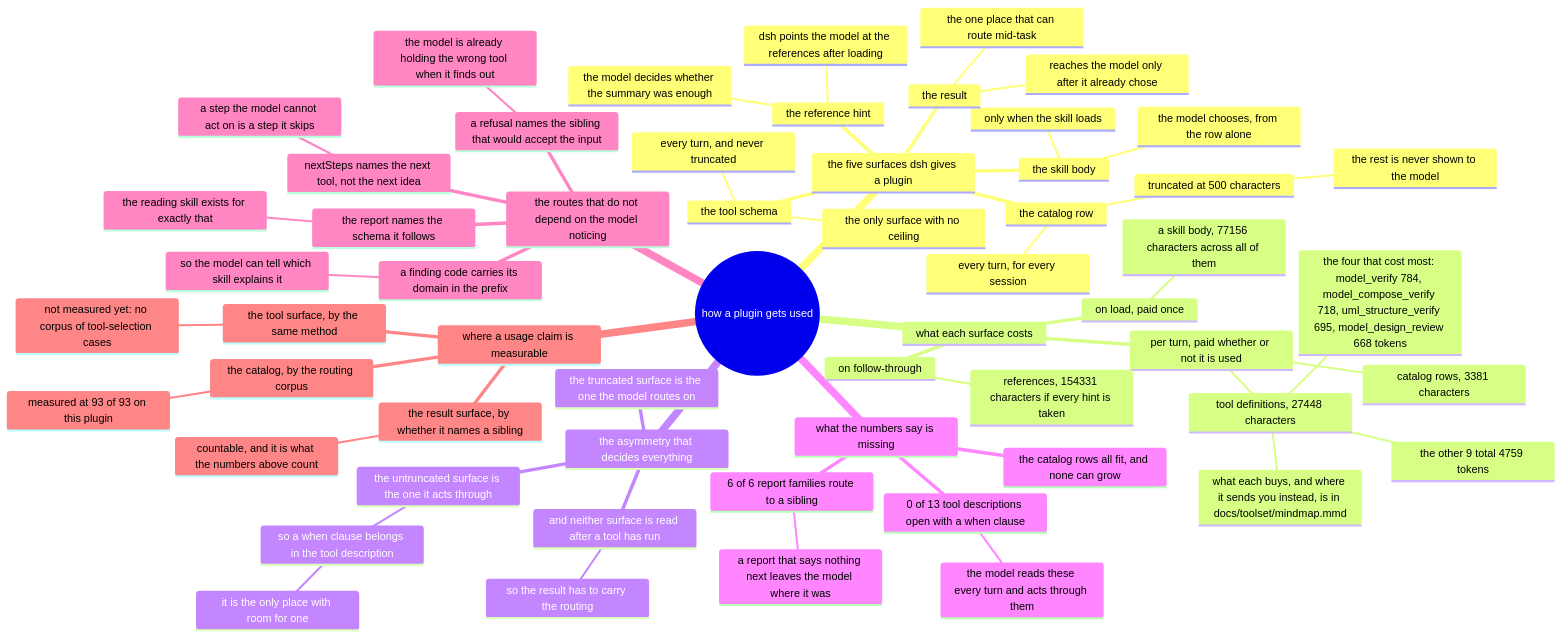
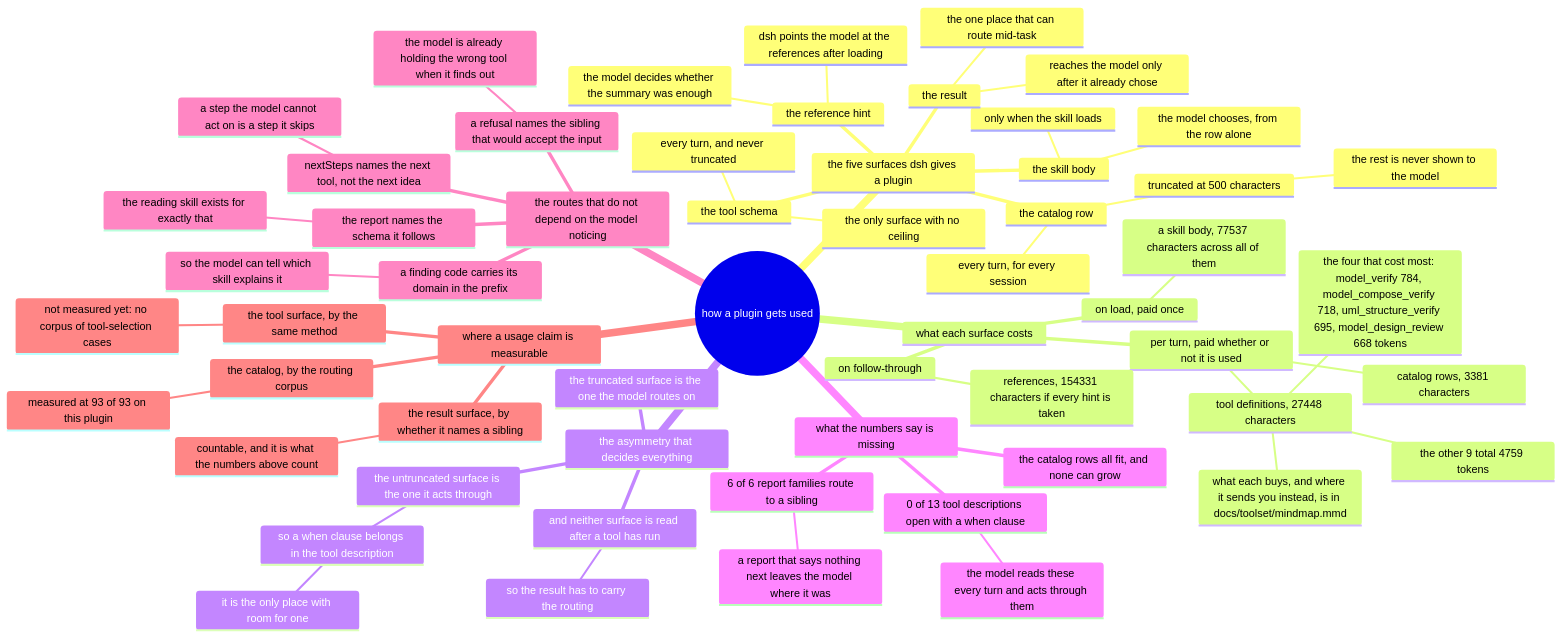
One commit to AmethystLuna/dsh-model-everything changed the diagram in docs/usage/mindmap.mmd. Above: the diagram before and after it, drawn with Mermaid. The commit also changed 6 other files, not shown here.

```diff
--- a/docs/usage/mindmap.mmd
+++ b/docs/usage/mindmap.mmd
@@ -1,59 +1,59 @@
 mindmap
 root((how a plugin gets used))
   the five surfaces dsh gives a plugin
     the catalog row
       every turn, for every session
       truncated at 500 characters
         the rest is never shown to the model
     the skill body
       only when the skill loads
       the model chooses, from the row alone
     the reference hint
       dsh points the model at the references after loading
       the model decides whether the summary was enough
     the tool schema
       every turn, and never truncated
       the only surface with no ceiling
     the result
       reaches the model only after it already chose
       the one place that can route mid-task
   what each surface costs
     per turn, paid whether or not it is used
       catalog rows, 3381 characters
       tool definitions, 27448 characters
         the four that cost most: model_verify 784, model_compose_verify 718, uml_structure_verify 695, model_design_review 668 tokens
         the other 9 total 4759 tokens
         what each buys, and where it sends you instead, is in docs/toolset/mindmap.mmd
     on load, paid once
-      a skill body, 77156 characters across all of them
+      a skill body, 77537 characters across all of them
     on follow-through
       references, 154331 characters if every hint is taken
   the asymmetry that decides everything
     the truncated surface is the one the model routes on
     the untruncated surface is the one it acts through
       so a when clause belongs in the tool description
         it is the only place with room for one
     and neither surface is read after a tool has run
       so the result has to carry the routing
   what the numbers say is missing
     0 of 13 tool descriptions open with a when clause
       the model reads these every turn and acts through them
     6 of 6 report families route to a sibling
       a report that says nothing next leaves the model where it was
     the catalog rows all fit, and none can grow
   the routes that do not depend on the model noticing
     a refusal names the sibling that would accept the input
       the model is already holding the wrong tool when it finds out
     nextSteps names the next tool, not the next idea
       a step the model cannot act on is a step it skips
     a finding code carries its domain in the prefix
       so the model can tell which skill explains it
     the report names the schema it follows
       the reading skill exists for exactly that
   where a usage claim is measurable
     the catalog, by the routing corpus
       measured at 93 of 93 on this plugin
     the tool surface, by the same method
       not measured yet: no corpus of tool-selection cases
     the result surface, by whether it names a sibling
       countable, and it is what the numbers above count
```
